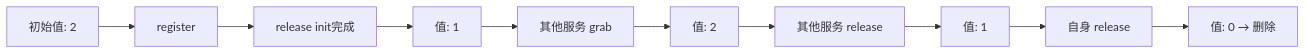
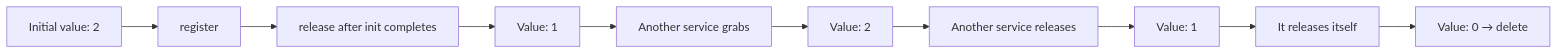
The second of 3 diagrams in docs/analysis/skynet-server.md (cuihairu/skynet), drawn with Mermaid before and after one commit. The commit also changed other lines of this file and 86 other files, not shown here.

````diff
--- a/docs/analysis/skynet-server.md
+++ b/docs/analysis/skynet-server.md
@@ -181,12 +181,12 @@
 ```mermaid
 graph LR
-    A[初始值: 2] --> B[register]
-    B --> C[release init完成]
-    C --> D[值: 1]
-    D --> E[其他服务 grab]
-    E --> F[值: 2]
-    F --> G[其他服务 release]
-    G --> H[值: 1]
-    H --> I[自身 release]
-    I --> J[值: 0 → 删除]
+    A[Initial value: 2] --> B[register]
+    B --> C[release after init completes]
+    C --> D[Value: 1]
+    D --> E[Another service grabs]
+    E --> F[Value: 2]
+    F --> G[Another service releases]
+    G --> H[Value: 1]
+    H --> I[It releases itself]
+    I --> J[Value: 0 → delete]
 ```
````
